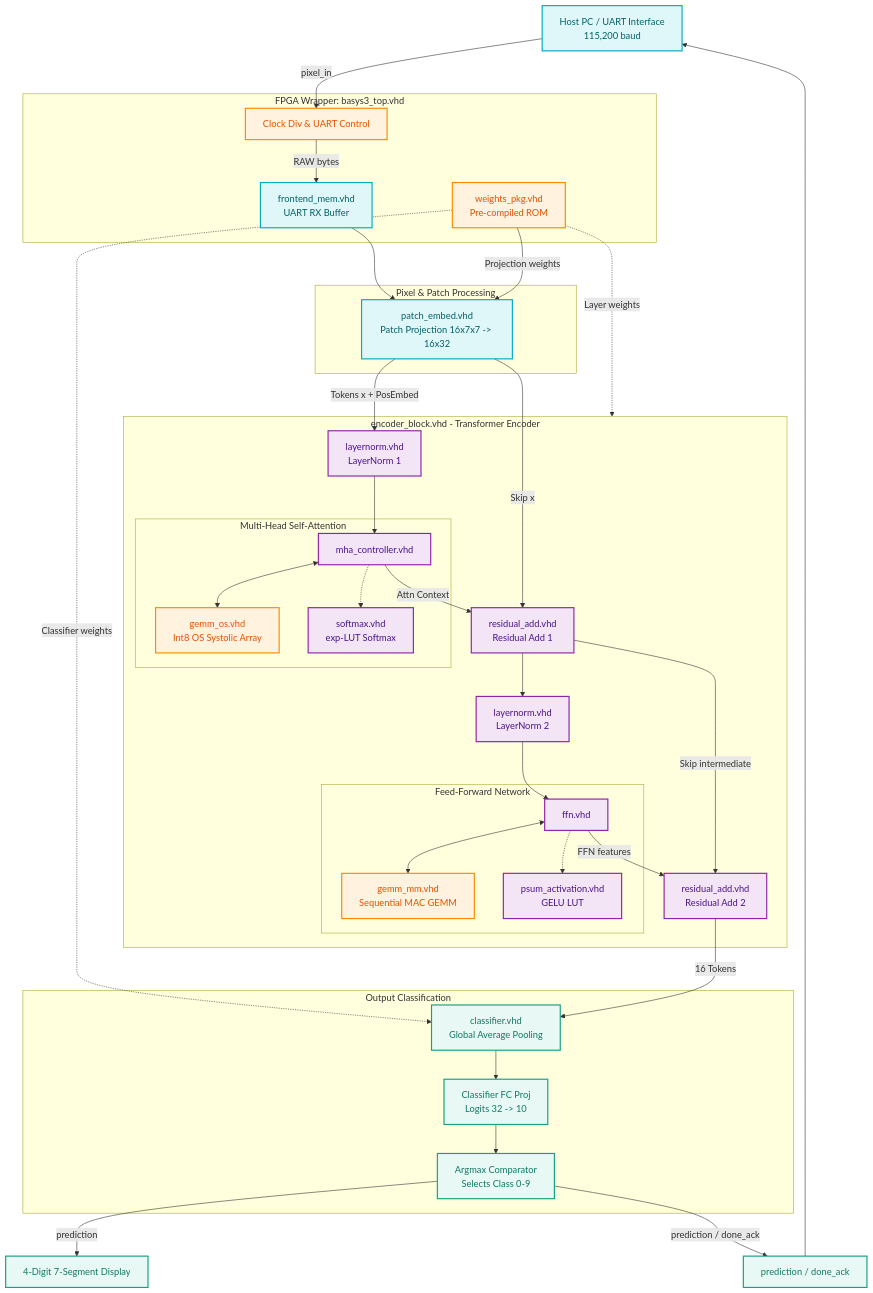
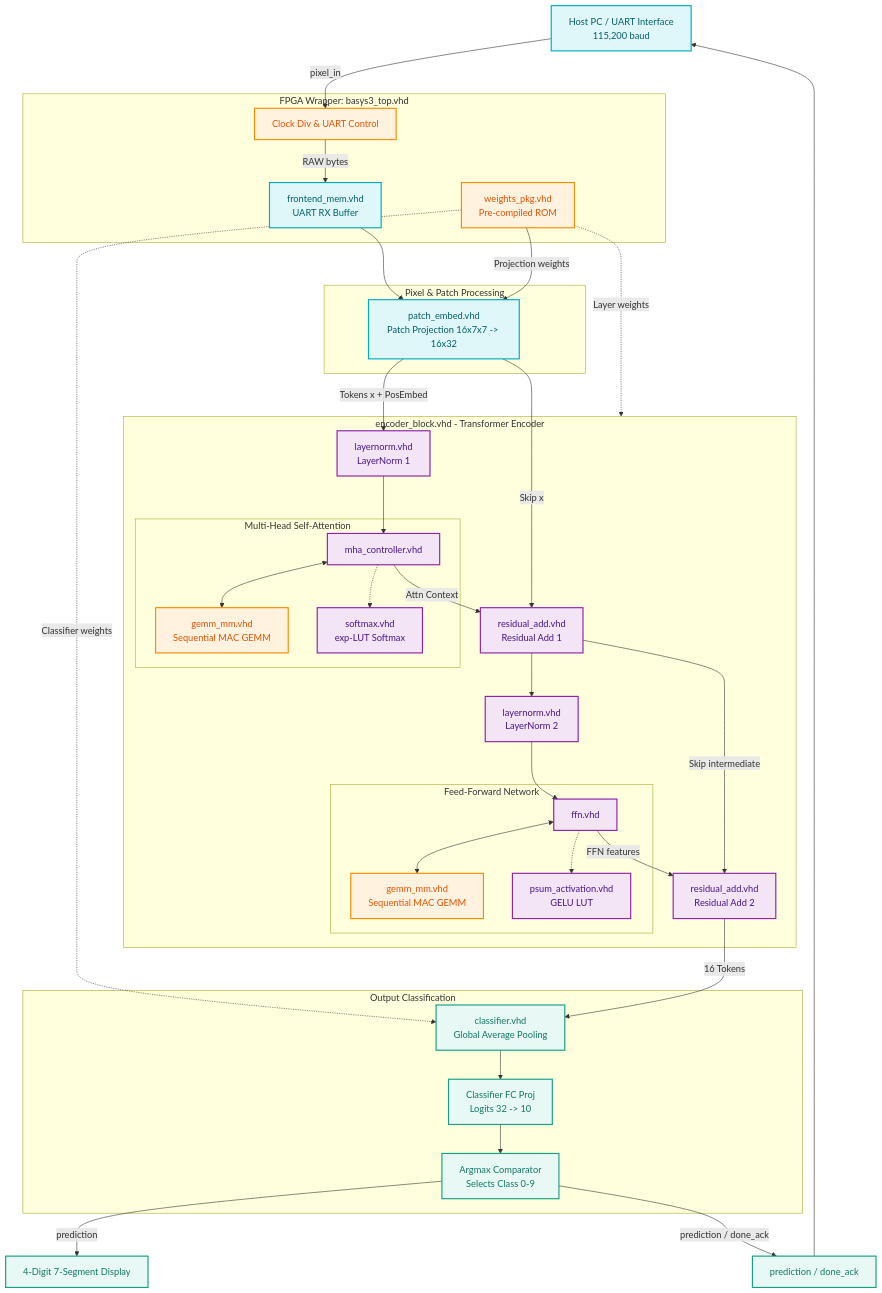
The diagram in README.md (agentzz1/transformer_poc), drawn with Mermaid before and after one commit. The commit also changed other lines of this file, not shown here.

Commit message:
docs: correct README architecture - gemm_mm is used instead of gemm_os

```diff
--- a/README.md
+++ b/README.md
@@ -178,7 +179,7 @@
         
         subgraph MHA_Block [Multi-Head Self-Attention]
             MHA[mha_controller.vhd]:::purple
-            GEMM_OS[gemm_os.vhd<br>Int8 OS Systolic Array]:::orange
+            GEMM_MM1[gemm_mm.vhd<br>Sequential MAC GEMM]:::orange
             Softmax[softmax.vhd<br>exp-LUT Softmax]:::purple
         end
         
@@ -187,7 +188,7 @@
         
         subgraph FFN_Block [Feed-Forward Network]
             FFN[ffn.vhd]:::purple
-            GEMM_MM[gemm_mm.vhd<br>Sequential MAC GEMM]:::orange
+            GEMM_MM2[gemm_mm.vhd<br>Sequential MAC GEMM]:::orange
             GELU[psum_activation.vhd<br>GELU LUT]:::purple
         end
         
@@ -213,7 +214,7 @@
     
     %% Encoder Pipeline
     LN1 --> MHA
-    MHA <--> GEMM_OS
+    MHA <--> GEMM_MM1
     MHA -.-> Softmax
     
     MHA -->|Attn Context| Res1
@@ -221,7 +222,7 @@
     
     Res1 --> LN2
     LN2 --> FFN
-    FFN <--> GEMM_MM
+    FFN <--> GEMM_MM2
     FFN -.-> GELU
     
     FFN -->|FFN features| Res2
```
